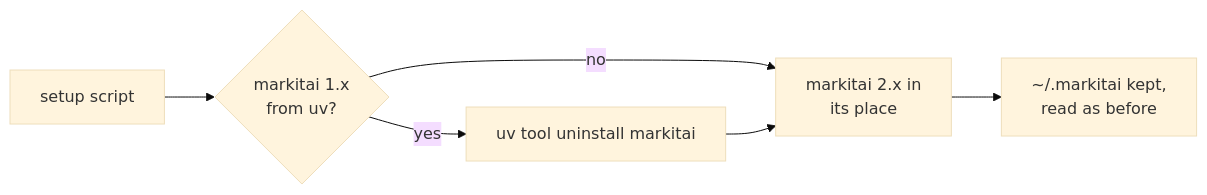
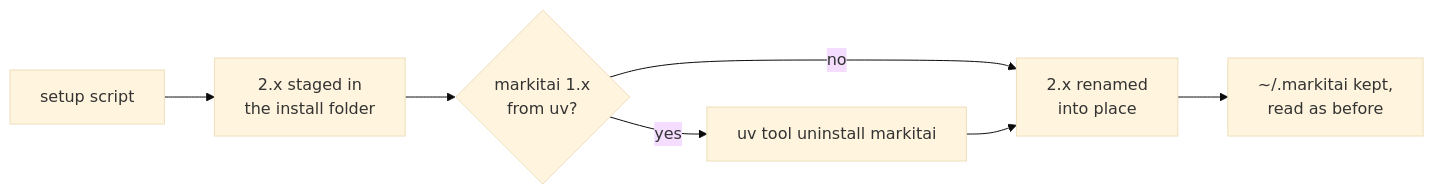
The diagram in website/guide/upgrading.md (Ynewtime/markitai), drawn with Mermaid (base theme) before and after one commit. The commit also changed other lines of this file and 16 other files, not shown here.

````diff
--- a/website/guide/upgrading.md
+++ b/website/guide/upgrading.md
@@ -11,8 +11,9 @@
 ```mermaid
 flowchart LR
-  S[setup script] --> U{"markitai 1.x<br/>from uv?"}
+  S[setup script] --> N["2.x staged in<br/>the install folder"]
+  N --> U{"markitai 1.x<br/>from uv?"}
   U -->|yes| R["uv tool uninstall markitai"]
   U -->|no| I
-  R --> I["markitai 2.x in<br/>its place"]
+  R --> I["2.x renamed<br/>into place"]
   I --> K["~/.markitai kept,<br/>read as before"]
 ```
````
